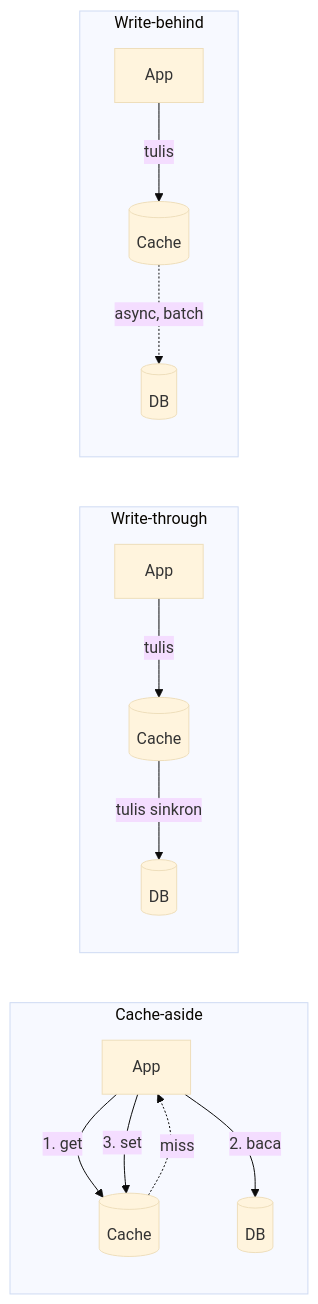
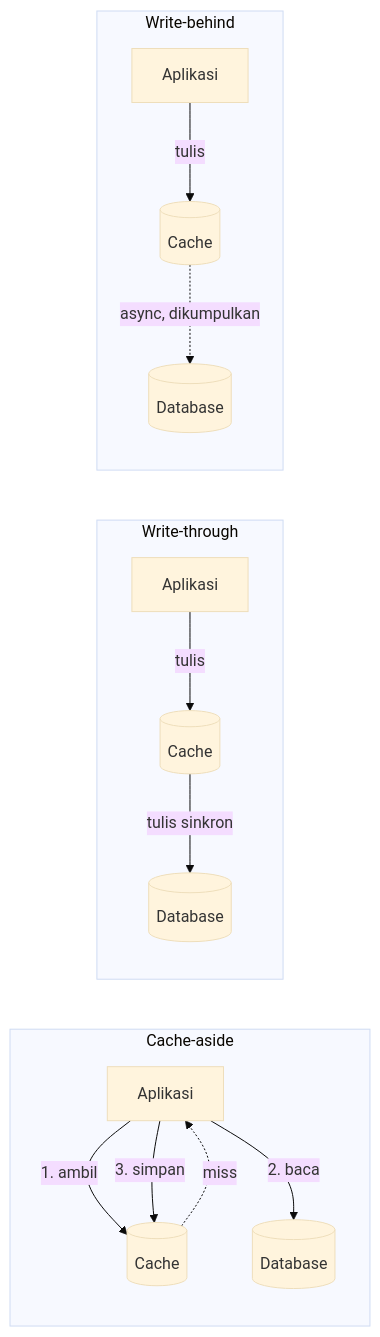
One commit to andreanpradanaa/sysdesign-lab changed the first of 2 diagrams in src/content/lessons/bagian-2/distributed-cache.mdx. Above: the diagram before and after it, drawn with Mermaid (base theme). The commit also changed other lines of this file and 18 other files, not shown here.

````diff
--- a/src/content/lessons/bagian-2/distributed-cache.mdx
+++ b/src/content/lessons/bagian-2/distributed-cache.mdx
@@ -103,17 +105,17 @@
 ```mermaid
 flowchart LR
   subgraph aside[Cache-aside]
-    A1[App] -->|1. get| C1[(Cache)]
+    A1[Aplikasi] -->|1. ambil| C1[(Cache)]
     C1 -. miss .-> A1
-    A1 -->|2. baca| D1[(DB)]
-    A1 -->|3. set| C1
+    A1 -->|2. baca| D1[(Database)]
+    A1 -->|3. simpan| C1
   end
   subgraph wt[Write-through]
-    A2[App] -->|tulis| C2[(Cache)]
-    C2 -->|tulis sinkron| D2[(DB)]
+    A2[Aplikasi] -->|tulis| C2[(Cache)]
+    C2 -->|tulis sinkron| D2[(Database)]
   end
   subgraph wb[Write-behind]
-    A3[App] -->|tulis| C3[(Cache)]
-    C3 -. async, batch .-> D3[(DB)]
+    A3[Aplikasi] -->|tulis| C3[(Cache)]
+    C3 -. async, dikumpulkan .-> D3[(Database)]
   end
 ```
````
